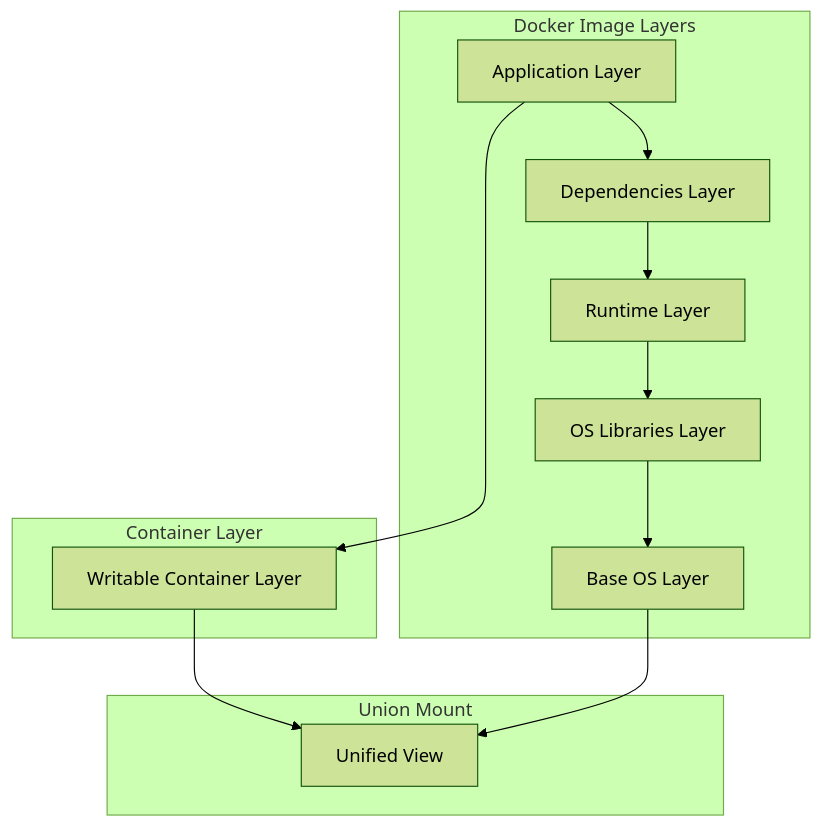
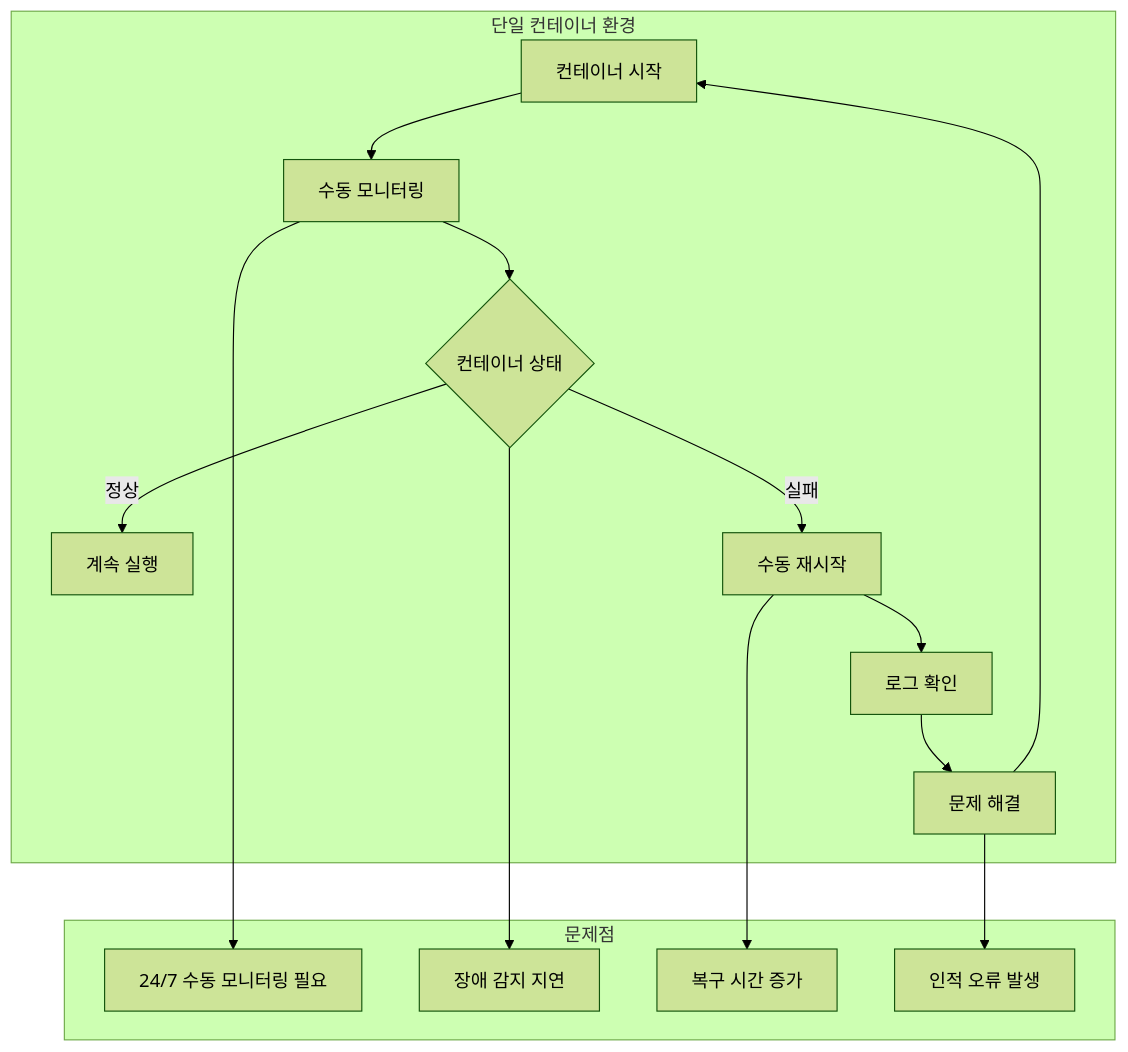
Before and after one commit to niceguy61/kdt_devops_lecture_2025: the first of 6 diagrams in week_02/day_01/session_02.md, drawn with Mermaid (forest theme). The commit also changed other lines of this file and 38 other files, not shown here.

````diff
--- a/week_02/day_01/session_02.md
+++ b/week_02/day_01/session_02.md
@@ -15,21 +16,24 @@
 ```mermaid
 graph TB
-    subgraph "Docker Image Layers"
-        A[Application Layer] --> B[Dependencies Layer]
-        B --> C[Runtime Layer]
-        C --> D[OS Libraries Layer]
-        D --> E[Base OS Layer]
+    subgraph "단일 컨테이너 환경"
+        A[컨테이너 시작] --> B[수동 모니터링]
+        B --> C{컨테이너 상태}
+        C -->|정상| D[계속 실행]
+        C -->|실패| E[수동 재시작]
+        E --> F[로그 확인]
+        F --> G[문제 해결]
+        G --> A
     end
     
-    subgraph "Container Layer"
-        F[Writable Container Layer]
+    subgraph "문제점"
+        H[24/7 수동 모니터링 필요]
+        I[장애 감지 지연]
+        J[복구 시간 증가]
+        K[인적 오류 발생]
     end
     
-    subgraph "Union Mount"
-        G[Unified View]
-    end
-    
-    A --> F
-    F --> G
-    E --> G
+    B --> H
+    C --> I
+    E --> J
+    G --> K
 ```
````
